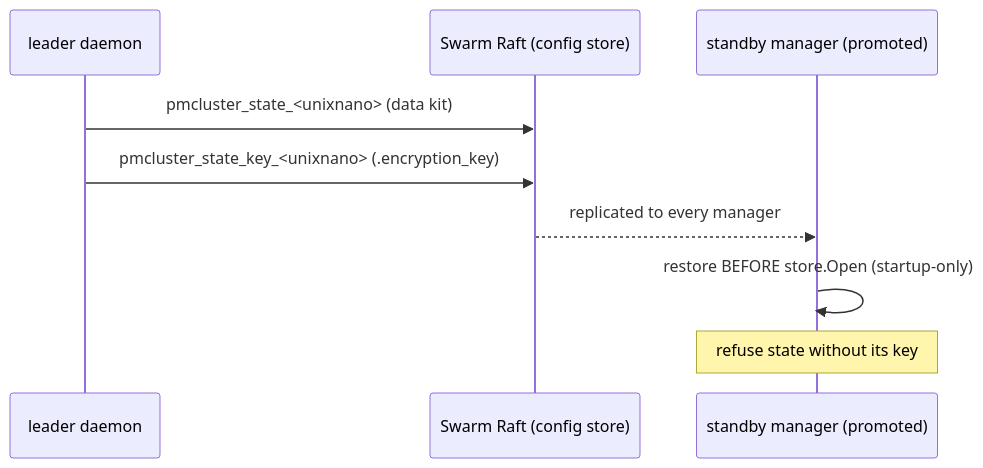
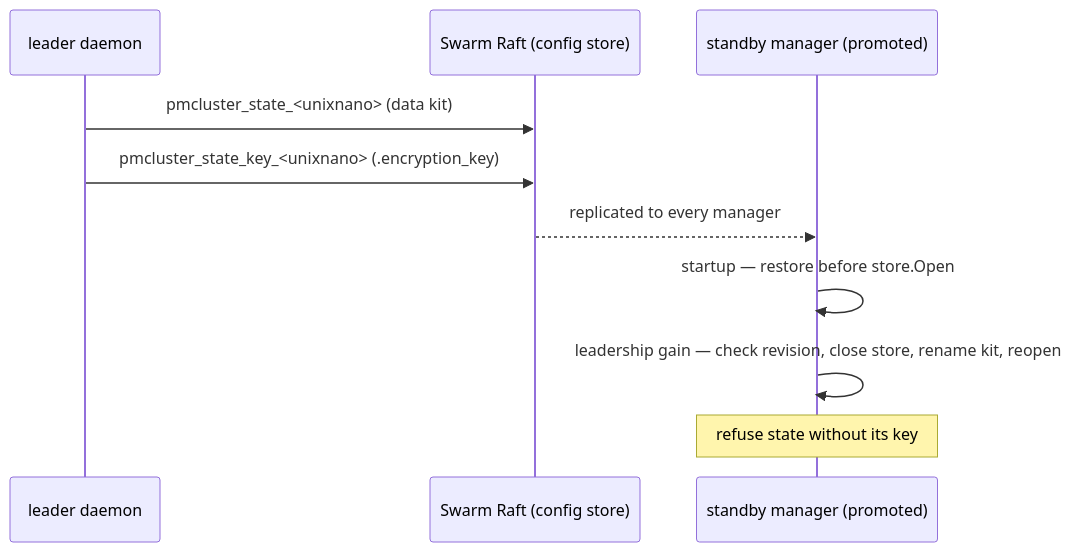
Before and after one commit to hazemarian/poor-man-cluster: the tenth of 11 diagrams in docs/whitepaper.md, drawn with Mermaid. The commit also changed other lines of this file and 24 other files, not shown here.

````diff
--- a/docs/whitepaper.md
+++ b/docs/whitepaper.md
@@ -288,11 +290,12 @@
 ```mermaid
 sequenceDiagram
     participant L as leader daemon
     participant RAFT as Swarm Raft (config store)
     participant S as standby manager (promoted)
     L->>RAFT: pmcluster_state_<unixnano> (data kit)
     L->>RAFT: pmcluster_state_key_<unixnano> (.encryption_key)
     RAFT-->>S: replicated to every manager
-    S->>S: restore BEFORE store.Open (startup-only)
+    S->>S: startup — restore before store.Open
+    S->>S: leadership gain — check revision, close store, rename kit, reopen
     Note over S: refuse state without its key
 ```
````
